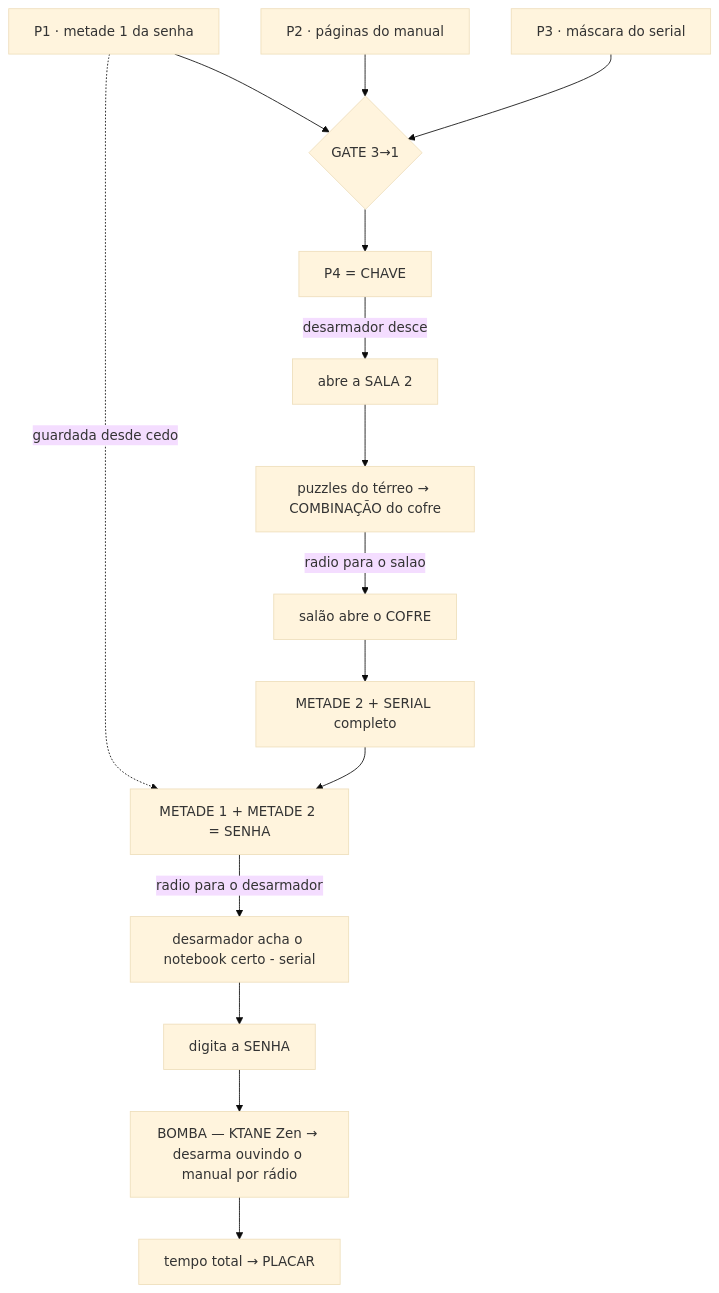
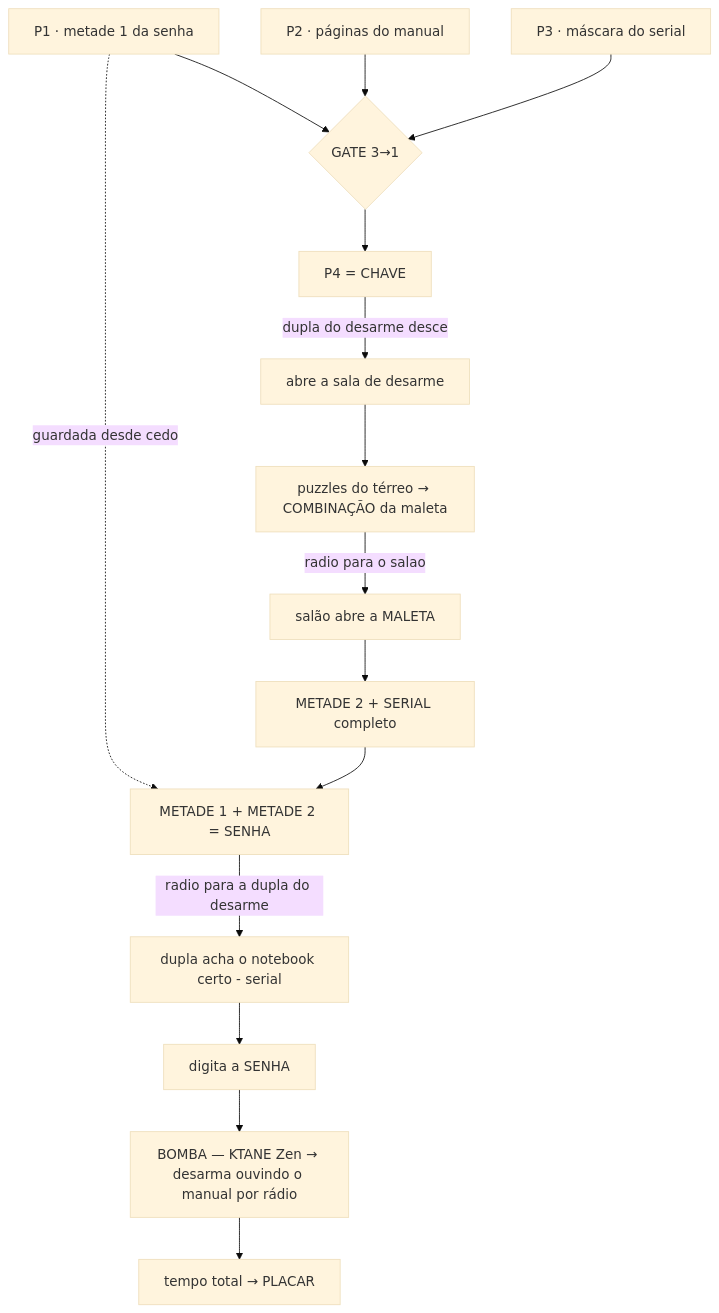
Before and after one commit to eltoncezar/escape-room-iatec: the first of 3 diagrams in docs/01-fluxo-e-mapa.md, drawn with Mermaid (base theme). The commit also changed other lines of this file and 8 other files, not shown here.

````diff
--- a/docs/01-fluxo-e-mapa.md
+++ b/docs/01-fluxo-e-mapa.md
@@ -35,17 +39,17 @@
 ```mermaid
 flowchart TD
     P1["P1 · metade 1 da senha"] --> GATE{"GATE 3→1"}
     P2["P2 · páginas do manual"] --> GATE
     P3["P3 · máscara do serial"] --> GATE
     GATE --> KEY["P4 = CHAVE"]
-    KEY -->|desarmador desce| SALA2["abre a SALA 2"]
-    SALA2 --> T1["puzzles do térreo → COMBINAÇÃO do cofre"]
-    T1 -->|radio para o salao| COFRE["salão abre o COFRE"]
-    COFRE --> M2["METADE 2 + SERIAL completo"]
+    KEY -->|dupla do desarme desce| SALA2["abre a sala de desarme"]
+    SALA2 --> T1["puzzles do térreo → COMBINAÇÃO da maleta"]
+    T1 -->|radio para o salao| MALETA["salão abre a MALETA"]
+    MALETA --> M2["METADE 2 + SERIAL completo"]
     P1 -.->|guardada desde cedo| SENHA["METADE 1 + METADE 2 = SENHA"]
     M2 --> SENHA
-    SENHA -->|radio para o desarmador| ACHA["desarmador acha o notebook certo - serial"]
+    SENHA -->|radio para a dupla do desarme| ACHA["dupla acha o notebook certo - serial"]
     ACHA --> DIGITA["digita a SENHA"]
     DIGITA --> BOMBA["BOMBA — KTANE Zen → desarma ouvindo o manual por rádio"]
     BOMBA --> PLACAR["tempo total → PLACAR"]
 ```
````
